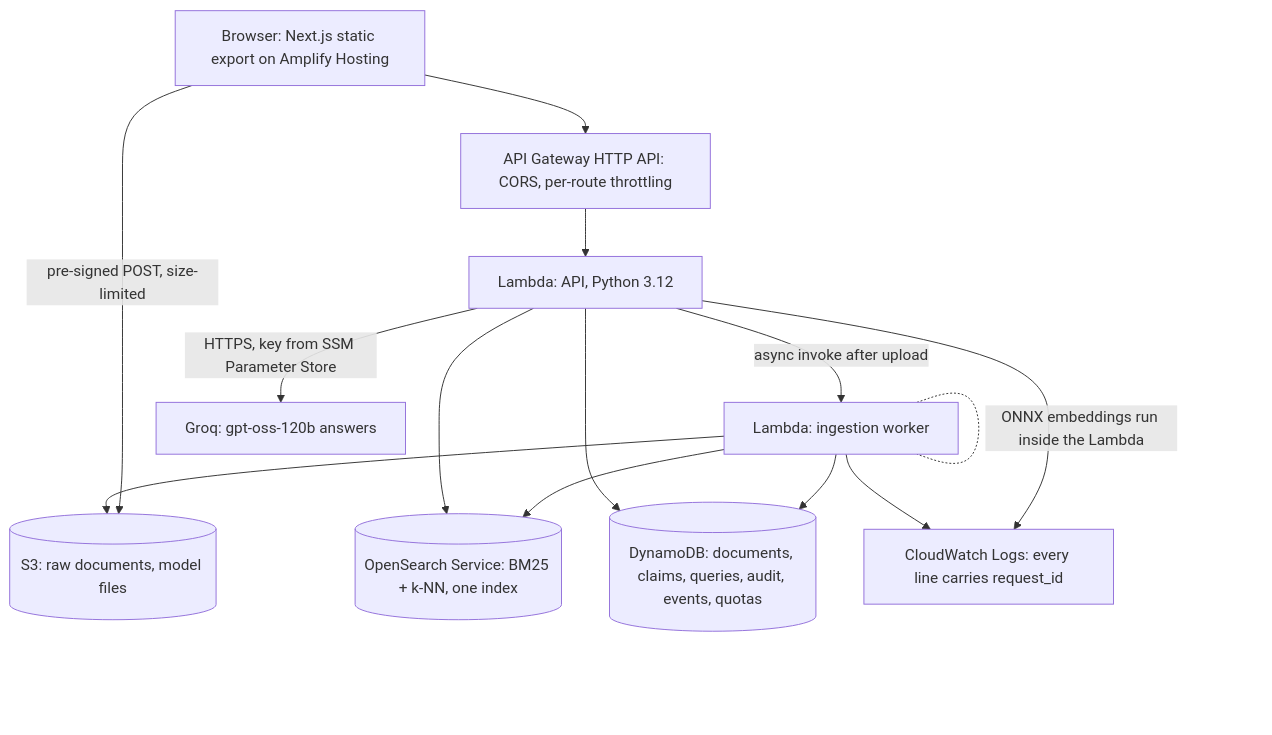
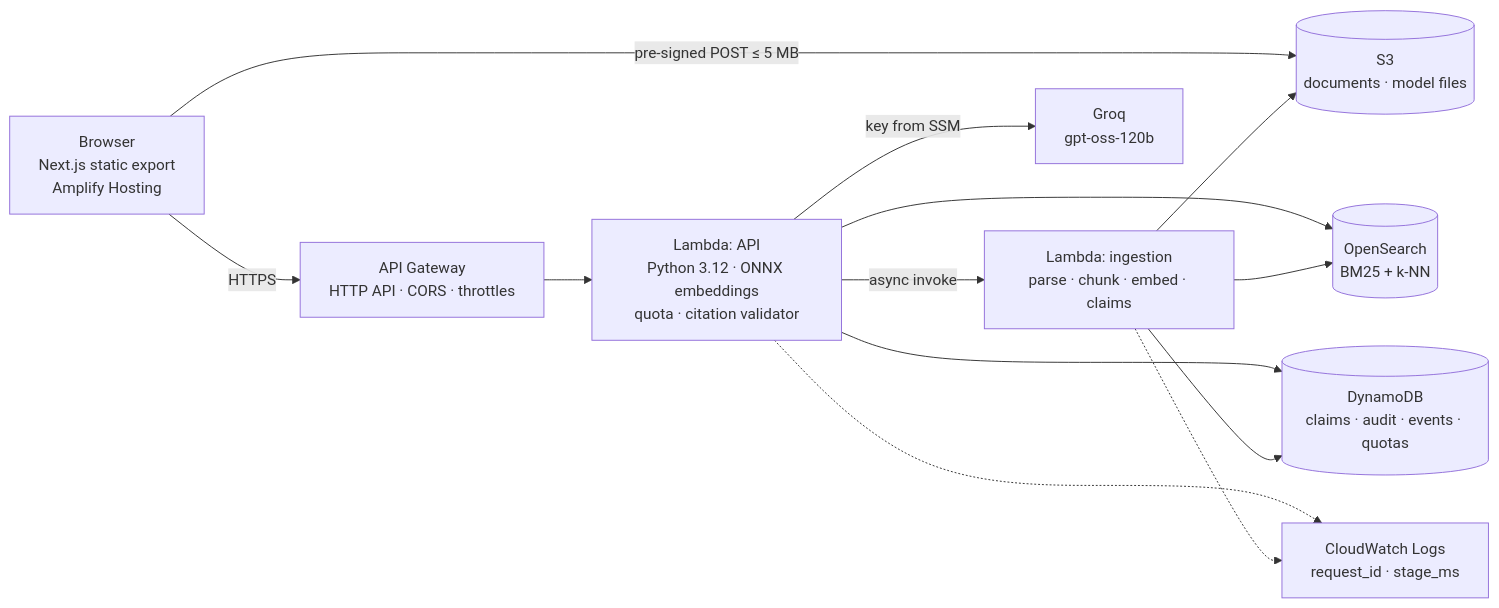
The first of 4 diagrams in README.md (theShivansh/CROWN-X), drawn with Mermaid before and after one commit. The commit also changed other lines of this file and 24 other files, not shown here.

Commit message:
docs(readme): landing-page README with a demo GIF and screenshots captured from the deployed app, SVG architecture and benchmark charts generated from BENCHMARKS, measured AWS cost, media asset guide, Builder Center blog draft

````diff
--- a/README.md
+++ b/README.md
@@ -69,16 +167,15 @@
 ```mermaid
-flowchart TD
-    U[Browser: Next.js static export on Amplify Hosting] --> G[API Gateway HTTP API: CORS, per-route throttling]
-    U -- pre-signed POST, size-limited --> S3[(S3: raw documents, model files)]
-    G --> L[Lambda: API, Python 3.12]
-    L -- async invoke after upload --> I[Lambda: ingestion worker]
+flowchart LR
+    U["Browser<br/>Next.js static export<br/>Amplify Hosting"] -->|HTTPS| G["API Gateway<br/>HTTP API · CORS · throttles"]
+    U -->|"pre-signed POST ≤ 5 MB"| S3[("S3<br/>documents · model files")]
+    G --> L["Lambda: API<br/>Python 3.12 · ONNX embeddings<br/>quota · citation validator"]
+    L -->|async invoke| I["Lambda: ingestion<br/>parse · chunk · embed · claims"]
     I --> S3
-    I --> OS[(OpenSearch Service: BM25 + k-NN, one index)]
-    I --> D[(DynamoDB: documents, claims, queries, audit, events, quotas)]
-    L --> OS
-    L --> D
-    L -- HTTPS, key from SSM Parameter Store --> Q[Groq: gpt-oss-120b answers]
-    I -. ONNX embeddings run inside the Lambda .- I
-    L --> CW[CloudWatch Logs: every line carries request_id]
-    I --> CW
+    L --> OS[("OpenSearch<br/>BM25 + k-NN")]
+    I --> OS
+    L --> D[("DynamoDB<br/>claims · audit · events · quotas")]
+    I --> D
+    L -->|"key from SSM"| Q["Groq<br/>gpt-oss-120b"]
+    L -.-> CW["CloudWatch Logs<br/>request_id · stage_ms"]
+    I -.-> CW
 ```
````
